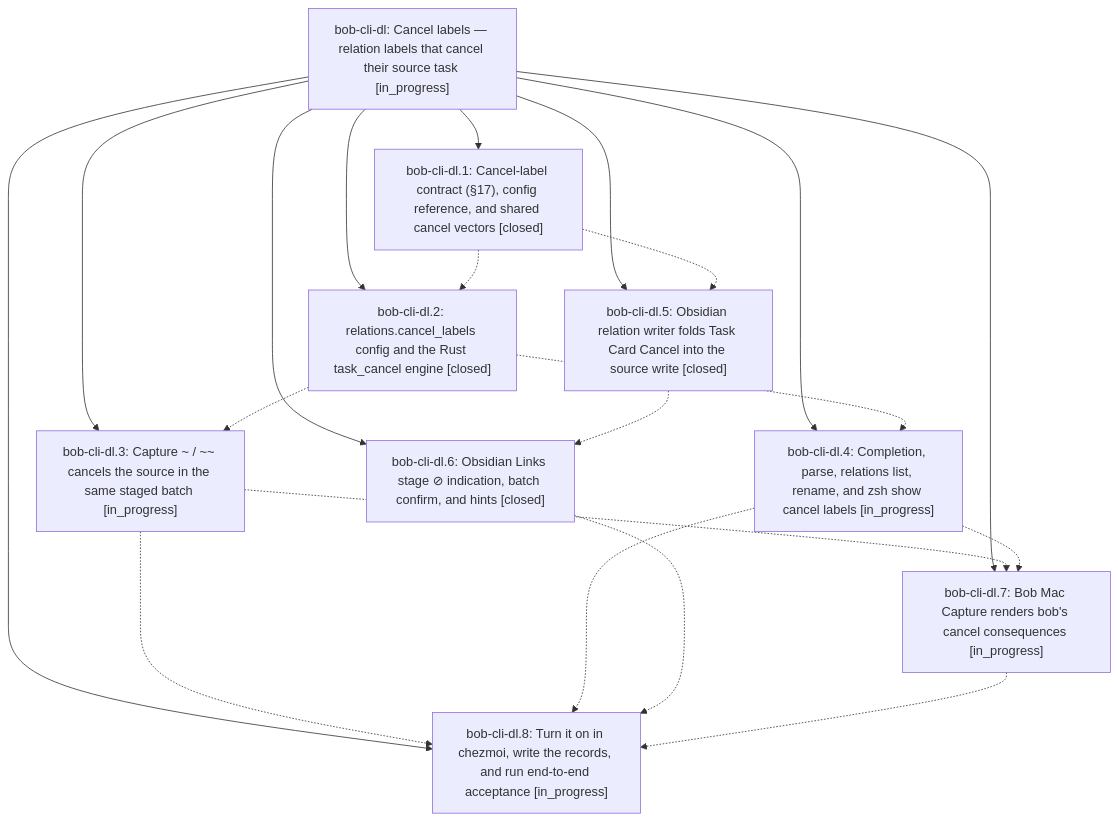
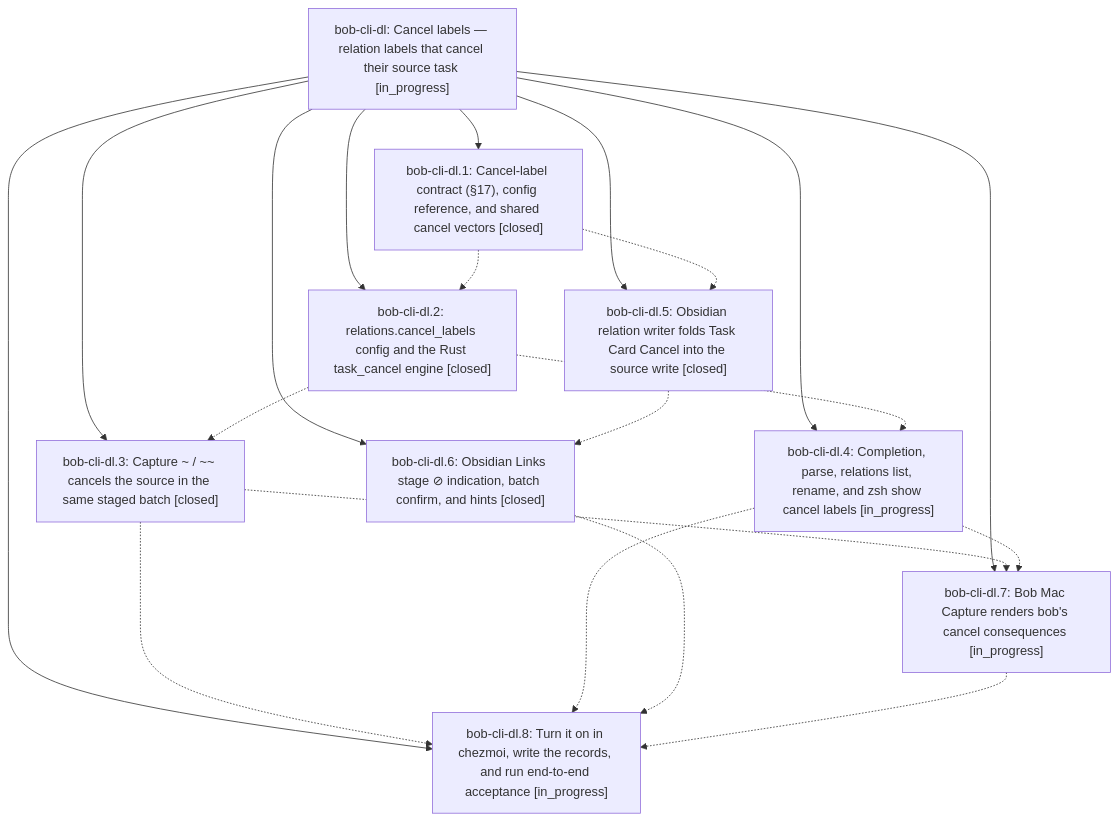
The diagram in pages/bob-cli-dl/README.md (bobs-org/bob-cli--beads), drawn with Mermaid before and after one commit. The commit also changed other lines of this file and 6 other files, not shown here.

First line of the commit message:
chore(beads): sync bead state and pages for bob-cli-dl

````diff
--- a/pages/bob-cli-dl/README.md
+++ b/pages/bob-cli-dl/README.md
@@ -41,31 +41,31 @@
 ```mermaid
 flowchart TD
     n0["bob-cli-dl: Cancel labels — relation labels that cancel their source task [in_progress]"]
     n1["bob-cli-dl.1: Cancel-label contract (§17), config reference, and shared cancel vectors [closed]"]
     n2["bob-cli-dl.2: relations.cancel_labels config and the Rust task_cancel engine [closed]"]
-    n3["bob-cli-dl.3: Capture ~ / ~~ cancels the source in the same staged batch [in_progress]"]
+    n3["bob-cli-dl.3: Capture ~ / ~~ cancels the source in the same staged batch [closed]"]
     n4["bob-cli-dl.4: Completion, parse, relations list, rename, and zsh show cancel labels [in_progress]"]
     n5["bob-cli-dl.5: Obsidian relation writer folds Task Card Cancel into the source write [closed]"]
     n6["bob-cli-dl.6: Obsidian Links stage ⊘ indication, batch confirm, and hints [closed]"]
     n7["bob-cli-dl.7: Bob Mac Capture renders bob's cancel consequences [in_progress]"]
     n8["bob-cli-dl.8: Turn it on in chezmoi, write the records, and run end-to-end acceptance [in_progress]"]
     n0 --> n1
     n0 --> n2
     n0 --> n3
     n0 --> n4
     n0 --> n5
     n0 --> n6
     n0 --> n7
     n0 --> n8
     n1 -.-> n2
     n1 -.-> n5
     n2 -.-> n3
     n2 -.-> n4
     n3 -.-> n7
     n3 -.-> n8
     n4 -.-> n7
     n4 -.-> n8
     n5 -.-> n6
     n6 -.-> n8
     n7 -.-> n8
 ```
````
